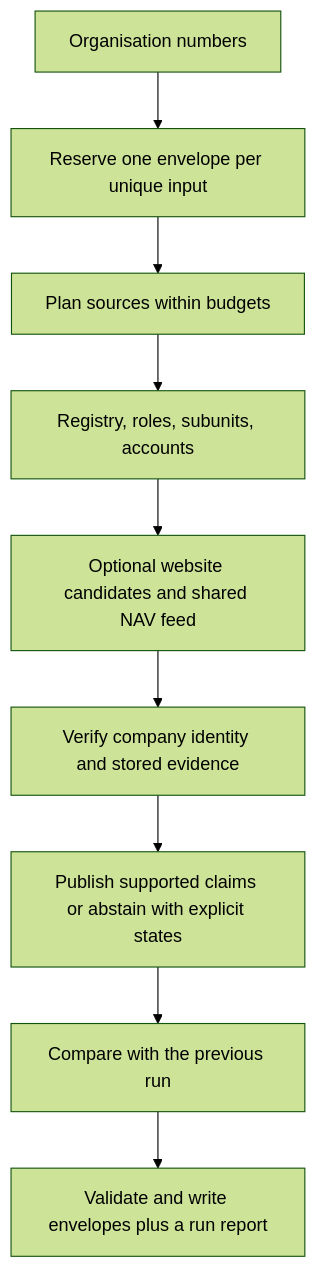
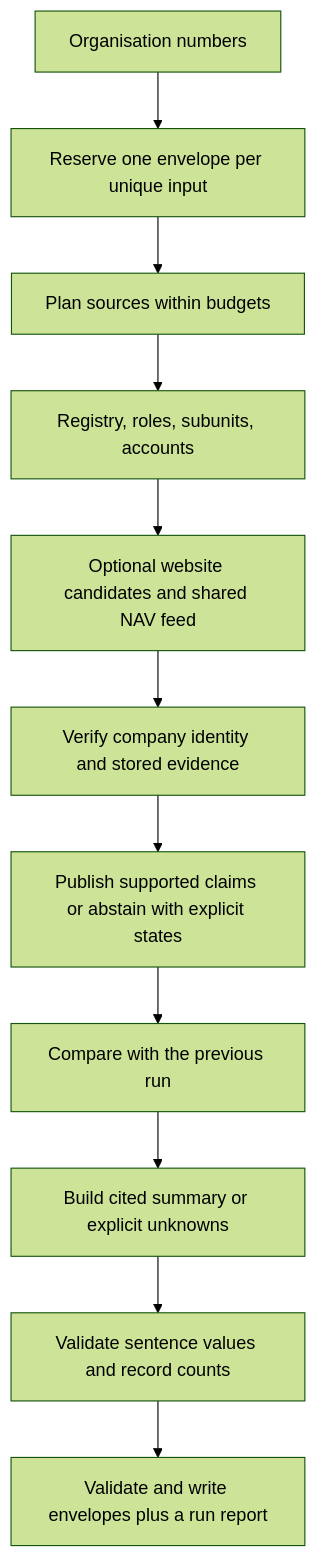
Before and after one commit to NethraVenkat/signalpost-agent: the diagram in docs/AGENT.md, drawn with Mermaid (forest theme). The commit also changed other lines of this file and 30 other files, not shown here.

````diff
--- a/docs/AGENT.md
+++ b/docs/AGENT.md
@@ -5,11 +5,13 @@
 ```mermaid
 flowchart TD
     Input[Organisation numbers] --> Reserve[Reserve one envelope per unique input]
     Reserve --> Plan[Plan sources within budgets]
     Plan --> Tools[Registry, roles, subunits, accounts]
     Tools --> Optional[Optional website candidates and shared NAV feed]
     Optional --> Verify[Verify company identity and stored evidence]
     Verify --> Publish[Publish supported claims or abstain with explicit states]
     Publish --> Diff[Compare with the previous run]
-    Diff --> Output[Validate and write envelopes plus a run report]
+    Diff --> Synthesis[Build cited summary or explicit unknowns]
+    Synthesis --> Check[Validate sentence values and record counts]
+    Check --> Output[Validate and write envelopes plus a run report]
 ```
````
